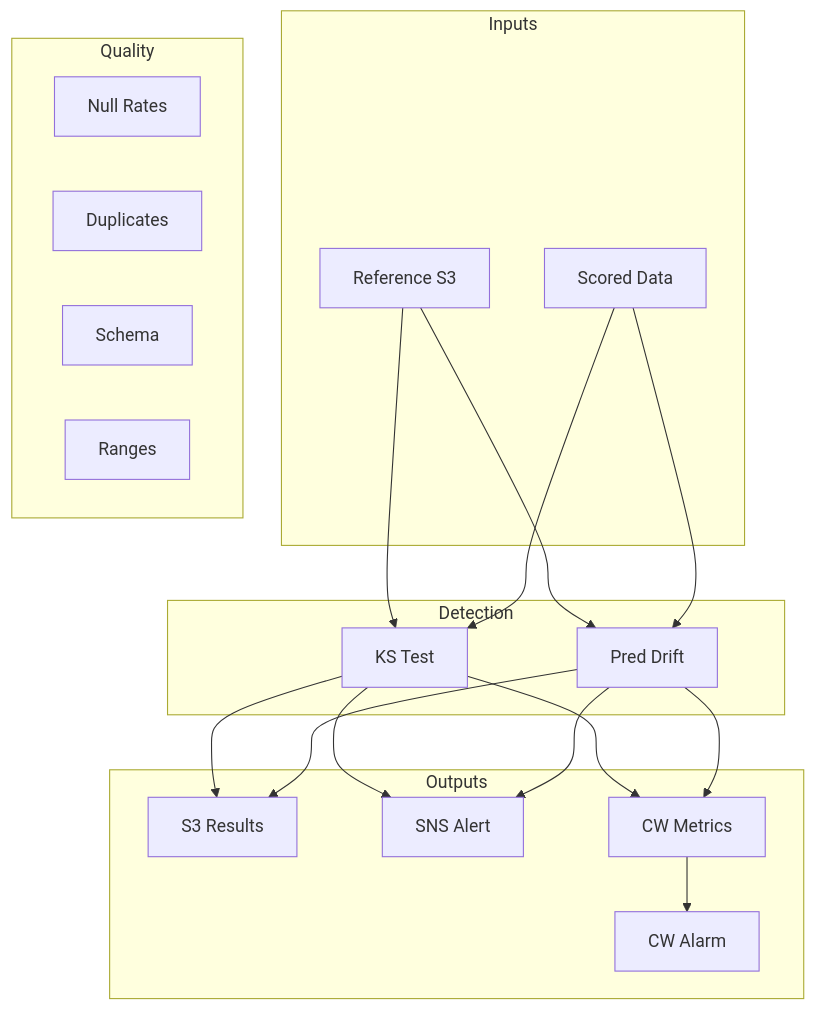
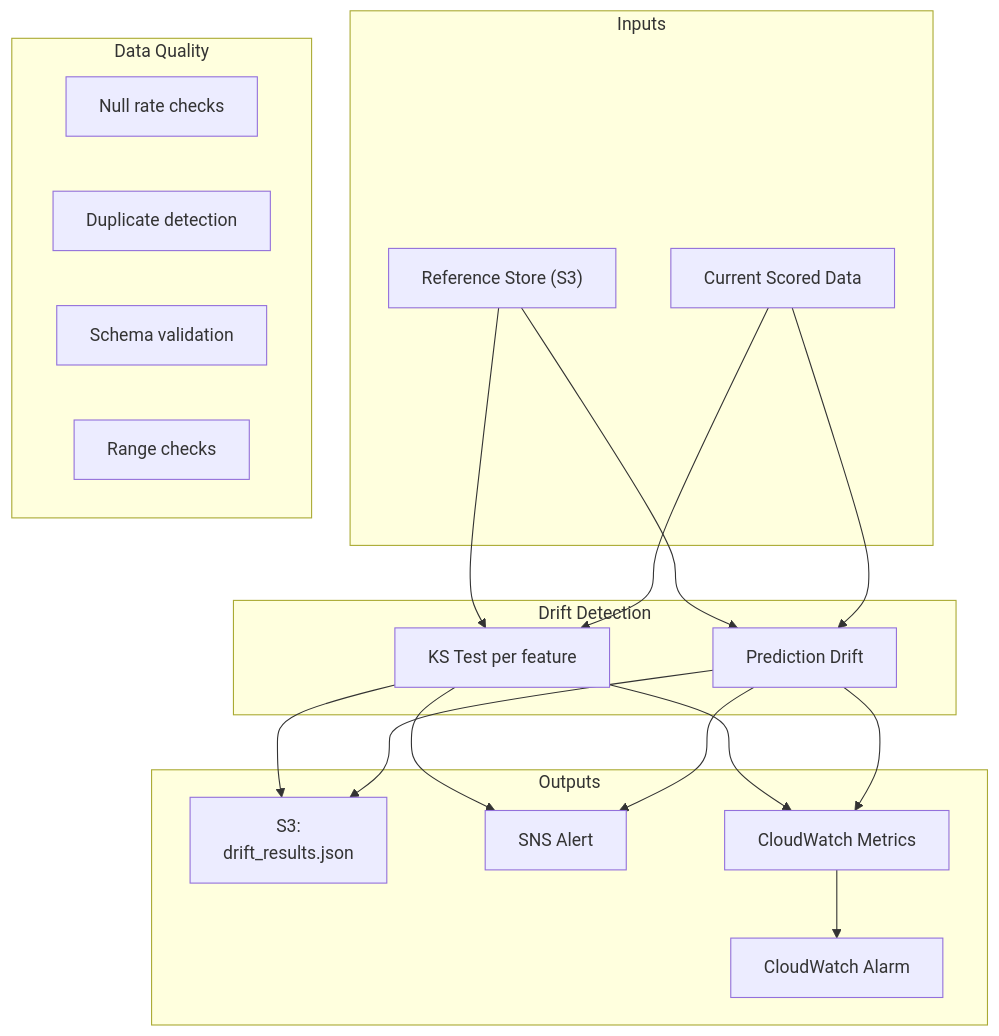
One commit to rawad-yared/bcgx-spanishgas-g1 changed the fifth of 8 diagrams in README.md. Above: the diagram before and after it, drawn with Mermaid. The commit also changed other lines of this file, not shown here.

````diff
--- a/README.md
+++ b/README.md
@@ -147,30 +255,31 @@
 ```mermaid
-flowchart TD
+graph TD
     subgraph Inputs
-        REF[Reference S3]
-        SCORED[Scored Data]
+        REF["Reference Store (S3)"]
+        SCORED["Current Scored Data"]
     end
 
-    subgraph Detection
-        KS[KS Test]
-        PRED[Pred Drift]
+    subgraph Detection["Drift Detection"]
+        KS["KS Test per feature"]
+        PRED["Prediction Drift"]
     end
 
     subgraph Outputs
-        S3D[S3 Results]
-        SNS_A[SNS Alert]
-        CWM[CW Metrics]
-        CWA[CW Alarm]
+        S3D["S3:<br>drift_results.json"]
+        SNS_A["SNS Alert"]
+        CW_M["CloudWatch Metrics"]
+        CW_A["CloudWatch Alarm"]
     end
 
-    subgraph Quality
-        NR[Null Rates]
-        DK[Duplicates]
-        SV[Schema]
-        RC[Ranges]
+    subgraph Quality["Data Quality"]
+        NR["Null rate checks"]
+        DK["Duplicate detection"]
+        SV["Schema validation"]
+        RC["Range checks"]
     end
 
     REF & SCORED --> KS & PRED
-    KS & PRED --> S3D & SNS_A & CWM
-    CWM --> CWA
+    KS & PRED --> S3D
+    KS & PRED --> SNS_A
+    KS & PRED --> CW_M --> CW_A
 ```
````
